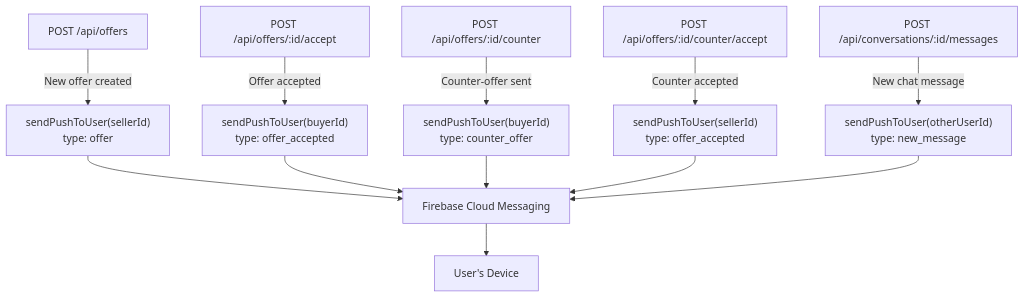
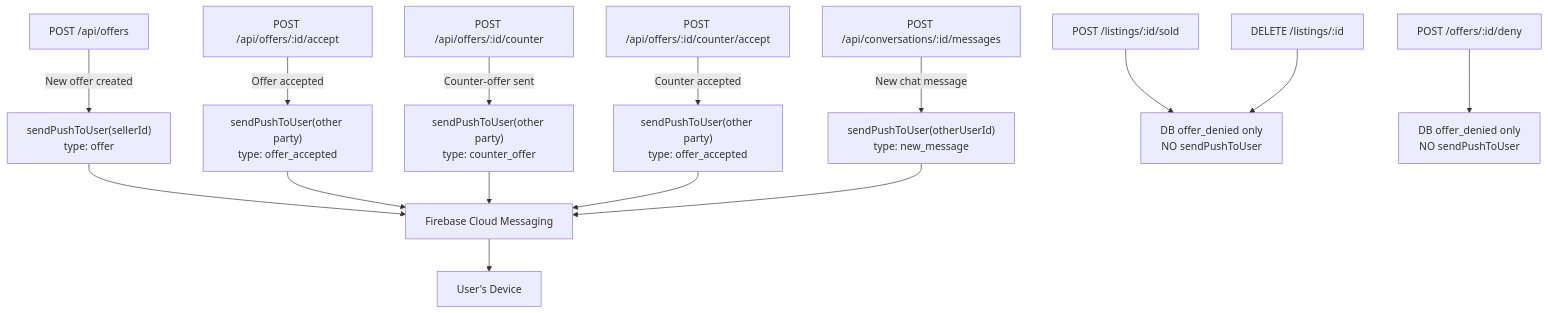
One commit to barterinfo/swaphaven-backend changed the second of 7 diagrams in docs/deeplink-push-notifications.md. Above: the diagram before and after it, drawn with Mermaid. The commit also changed other lines of this file and 11 other files, not shown here.

````diff
--- a/docs/deeplink-push-notifications.md
+++ b/docs/deeplink-push-notifications.md
@@ -70,11 +126,15 @@
 ```mermaid
 flowchart TD
     A1[POST /api/offers] -->|New offer created| P1["sendPushToUser(sellerId)\ntype: offer"]
-    A2[POST /api/offers/:id/accept] -->|Offer accepted| P2["sendPushToUser(buyerId)\ntype: offer_accepted"]
-    A3[POST /api/offers/:id/counter] -->|Counter-offer sent| P3["sendPushToUser(buyerId)\ntype: counter_offer"]
-    A4[POST /api/offers/:id/counter/accept] -->|Counter accepted| P4["sendPushToUser(sellerId)\ntype: offer_accepted"]
+    A2[POST /api/offers/:id/accept] -->|Offer accepted| P2["sendPushToUser(other party)\ntype: offer_accepted"]
+    A3[POST /api/offers/:id/counter] -->|Counter-offer sent| P3["sendPushToUser(other party)\ntype: counter_offer"]
+    A4[POST /api/offers/:id/counter/accept] -->|Counter accepted| P4["sendPushToUser(other party)\ntype: offer_accepted"]
     A5[POST /api/conversations/:id/messages] -->|New chat message| P5["sendPushToUser(otherUserId)\ntype: new_message"]
 
     P1 & P2 & P3 & P4 & P5 --> FCM[Firebase Cloud Messaging]
     FCM --> Device[User's Device]
+
+    S1[POST /listings/:id/sold] --> DB1["DB offer_denied only\nNO sendPushToUser"]
+    S2[DELETE /listings/:id] --> DB1
+    S3[POST /offers/:id/deny] --> DB2["DB offer_denied only\nNO sendPushToUser"]
 ```
````
